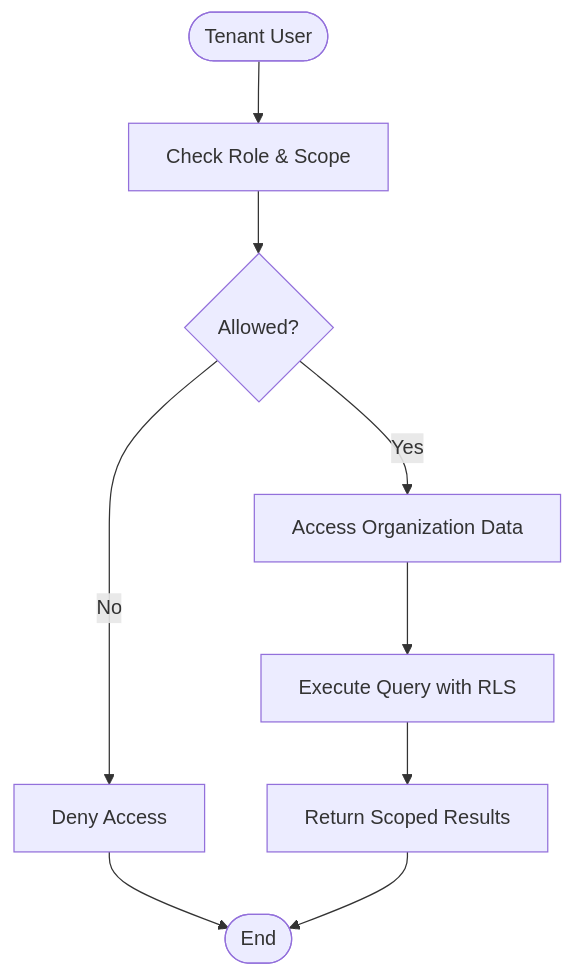
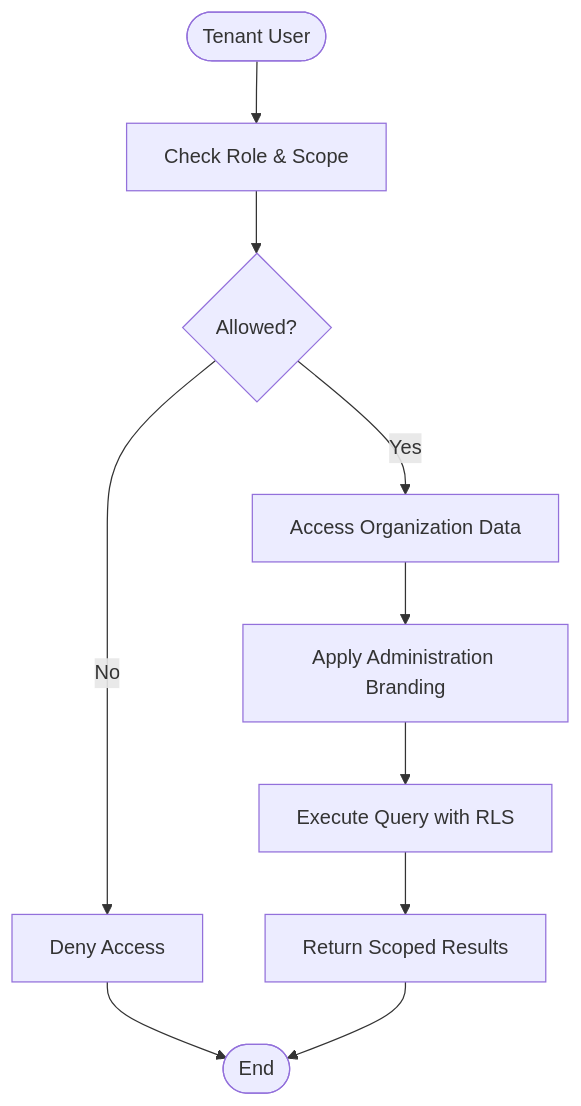
The fifth of 9 diagrams in .qoder/repowiki/en/content/Technical Implementation/Database Design/Database Design.md (EdwinCycling/LiquidHR), drawn with Mermaid before and after one commit. The commit also changed other lines of this file and 73 other files, not shown here.

````diff
--- a/.qoder/repowiki/en/content/Technical Implementation/Database Design/Database Design.md
+++ b/.qoder/repowiki/en/content/Technical Implementation/Database Design/Database Design.md
@@ -330,11 +388,12 @@
 ```mermaid
 flowchart TD
 Start(["Tenant User"]) --> CheckRole["Check Role & Scope"]
 CheckRole --> Allowed{"Allowed?"}
 Allowed --> |Yes| AccessOrg["Access Organization Data"]
 Allowed --> |No| Deny["Deny Access"]
-AccessOrg --> Query["Execute Query with RLS"]
+AccessOrg --> Branding["Apply Administration Branding"]
+Branding --> Query["Execute Query with RLS"]
 Query --> Result["Return Scoped Results"]
 Deny --> End(["End"])
 Result --> End
 ```
````
